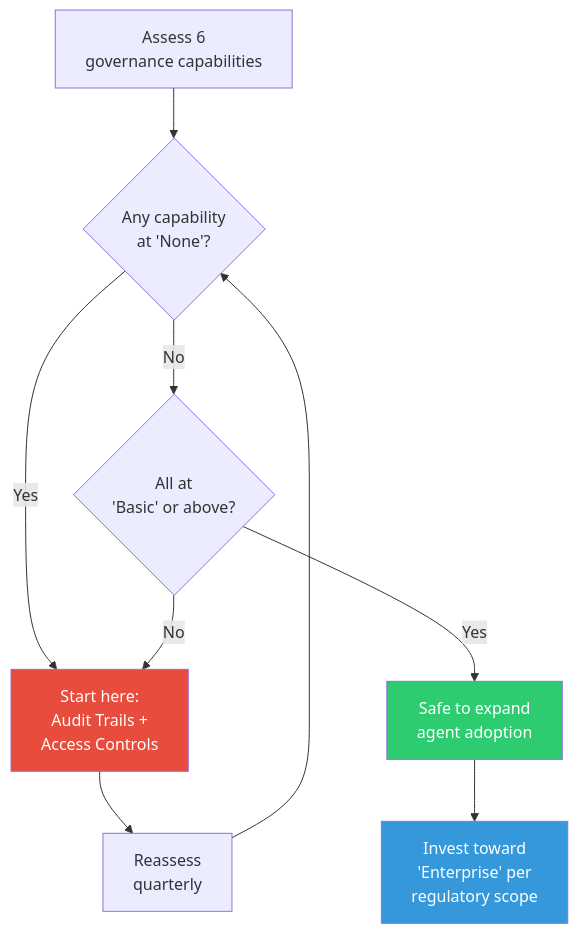
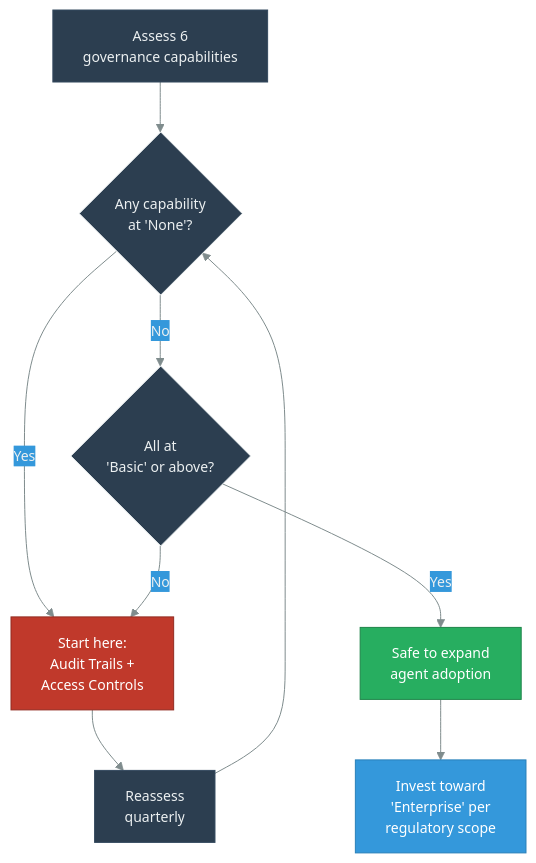
One commit to danielmeppiel/agentic-sdlc-handbook changed the diagram in handbook/ch05-governance-for-ai-assisted-delivery.qmd. Above: the diagram before and after it, drawn with Mermaid. The commit also changed 20 other files, not shown here.

First line of the commit message:
feat: add accessibility metadata and consistent theme to all 35 diagrams

````diff
--- a/handbook/ch05-governance-for-ai-assisted-delivery.qmd
+++ b/handbook/ch05-governance-for-ai-assisted-delivery.qmd
@@ -52,15 +52,22 @@
 ```{mermaid}
+%%| fig-width: 4.5
+%%| fig-cap: "Governance capability quick-start assessment"
+%%| fig-alt: "A top-down decision flowchart for governance assessment. Starting at 'Assess 6 governance capabilities', it flows to a decision diamond: 'Any capability at None?' If Yes, go to 'Start here: Audit Trails + Access Controls' (red, indicating urgency). If No, check 'All at Basic or above?' If Yes, go to 'Safe to expand agent adoption' (green, indicating success), then to 'Invest toward Enterprise per regulatory scope' (blue). If No at the second decision, also go to the Audit Trails step. From Audit Trails, flow to 'Reassess quarterly', which loops back to the initial assessment."
+%%| label: fig-governance-assessment
+%%{init: {'theme': 'base', 'themeVariables': {'primaryColor': '#2c3e50', 'primaryTextColor': '#ecf0f1', 'primaryBorderColor': '#34495e', 'lineColor': '#7f8c8d', 'secondaryColor': '#3498db', 'tertiaryColor': '#ecf0f1', 'fontSize': '14px'}}}%%
 flowchart TD
     START["Assess 6<br/>governance capabilities"] --> Q1{"Any capability<br/>at 'None'?"}
     Q1 -->|Yes| FIX["Start here:<br/>Audit Trails +<br/>Access Controls"]
     Q1 -->|No| Q2{"All at<br/>'Basic' or above?"}
     Q2 -->|Yes| EXPAND["Safe to expand<br/>agent adoption"]
     Q2 -->|No| FIX
     FIX --> REASSESS["Reassess<br/>quarterly"]
     EXPAND --> MATURE["Invest toward<br/>'Enterprise' per<br/>regulatory scope"]
     REASSESS --> Q1
 
-    style FIX fill:#e74c3c,color:#fff
-    style EXPAND fill:#2ecc71,color:#fff
-    style MATURE fill:#3498db,color:#fff
+    style Q1 fill:#2c3e50,stroke:#ecf0f1,color:#ecf0f1
+    style Q2 fill:#2c3e50,stroke:#ecf0f1,color:#ecf0f1
+    style FIX fill:#c0392b,stroke:#922b21,color:#fff
+    style EXPAND fill:#27ae60,stroke:#1e8449,color:#fff
+    style MATURE fill:#3498db,stroke:#2980b9,color:#fff
 ```
````
